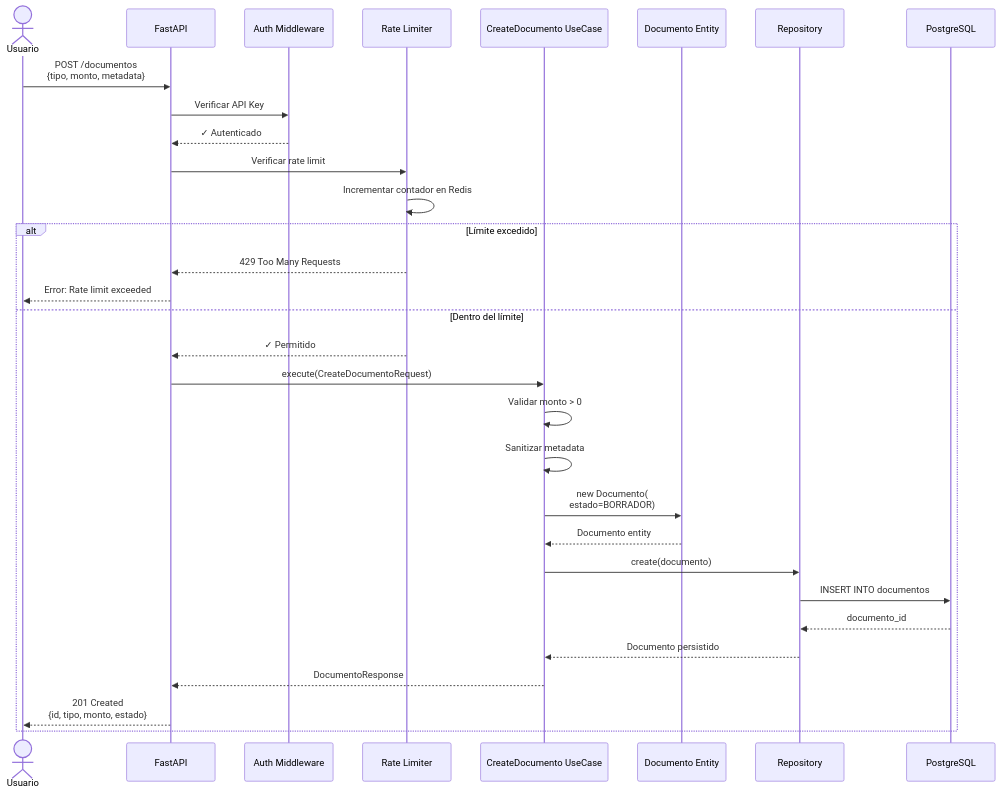
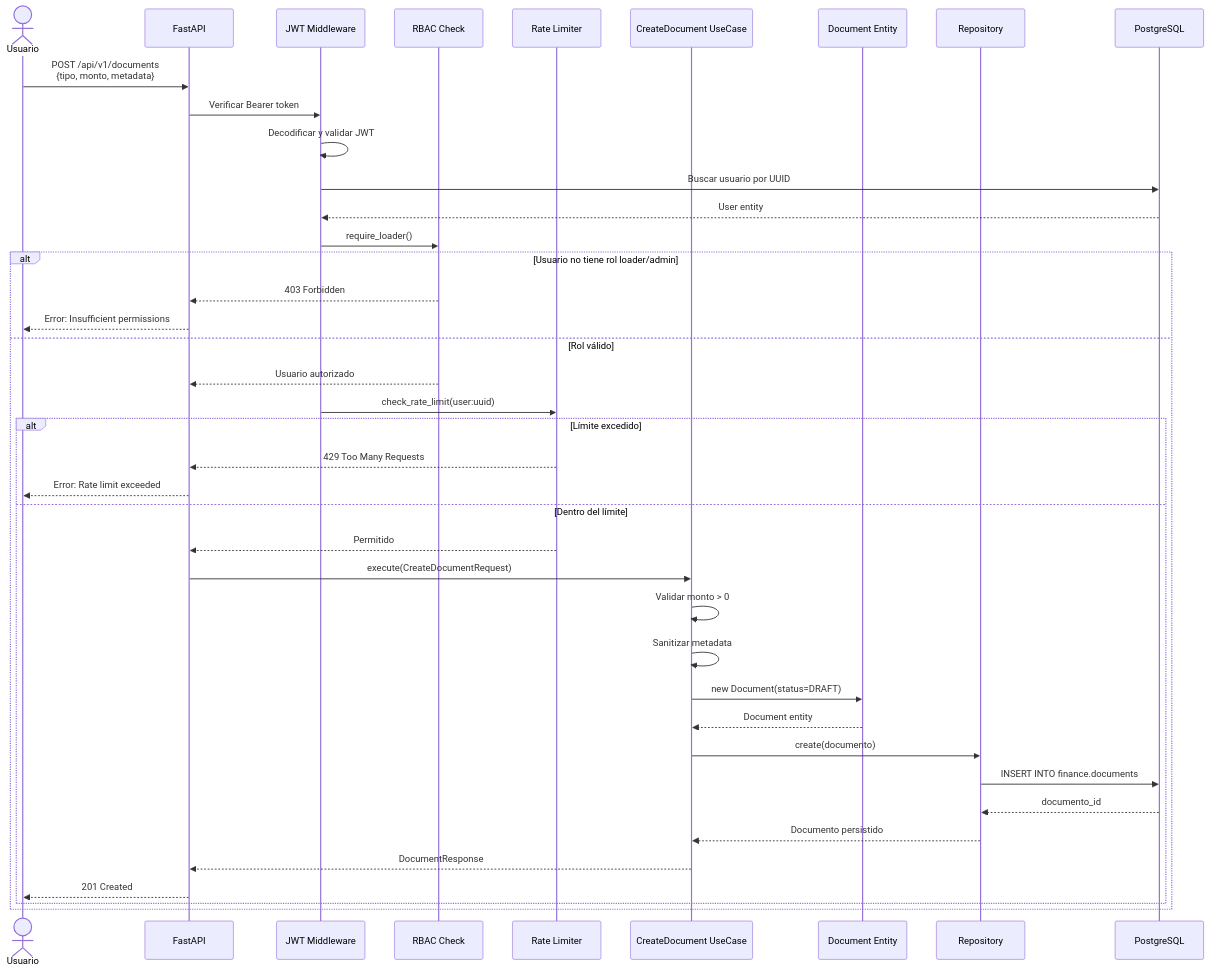
One commit to abyssorcdev/duppla changed the seventh of 16 diagrams in docs/project_design.md. Above: the diagram before and after it, drawn with Mermaid. The commit also changed other lines of this file, not shown here.

````diff
--- a/docs/project_design.md
+++ b/docs/project_design.md
@@ -295,39 +370,49 @@
 ```mermaid
 sequenceDiagram
     actor User as Usuario
     participant API as FastAPI
-    participant Auth as Auth Middleware
+    participant JWT as JWT Middleware
+    participant RBAC as RBAC Check
     participant RL as Rate Limiter
-    participant UC as CreateDocumento UseCase
-    participant Domain as Documento Entity
+    participant UC as CreateDocument UseCase
+    participant Domain as Document Entity
     participant Repo as Repository
     participant DB as PostgreSQL
 
-    User->>API: POST /documentos<br/>{tipo, monto, metadata}
-    API->>Auth: Verificar API Key
-    Auth-->>API: ✓ Autenticado
+    User->>API: POST /api/v1/documents<br/>{tipo, monto, metadata}
+    API->>JWT: Verificar Bearer token
+    JWT->>JWT: Decodificar y validar JWT
+    JWT->>DB: Buscar usuario por UUID
+    DB-->>JWT: User entity
 
-    API->>RL: Verificar rate limit
-    RL->>RL: Incrementar contador en Redis
-    alt Límite excedido
-        RL-->>API: 429 Too Many Requests
-        API-->>User: Error: Rate limit exceeded
-    else Dentro del límite
-        RL-->>API: ✓ Permitido
+    JWT->>RBAC: require_loader()
+    alt Usuario no tiene rol loader/admin
+        RBAC-->>API: 403 Forbidden
+        API-->>User: Error: Insufficient permissions
+    else Rol válido
+        RBAC-->>API: Usuario autorizado
 
-        API->>UC: execute(CreateDocumentoRequest)
-        UC->>UC: Validar monto > 0
-        UC->>UC: Sanitizar metadata
+        JWT->>RL: check_rate_limit(user:uuid)
+        alt Límite excedido
+            RL-->>API: 429 Too Many Requests
+            API-->>User: Error: Rate limit exceeded
+        else Dentro del límite
+            RL-->>API: Permitido
 
-        UC->>Domain: new Documento(<br/>estado=BORRADOR)
-        Domain-->>UC: Documento entity
+            API->>UC: execute(CreateDocumentRequest)
+            UC->>UC: Validar monto > 0
+            UC->>UC: Sanitizar metadata
 
-        UC->>Repo: create(documento)
-        Repo->>DB: INSERT INTO documentos
-        DB-->>Repo: documento_id
-        Repo-->>UC: Documento persistido
+            UC->>Domain: new Document(status=DRAFT)
+            Domain-->>UC: Document entity
 
-        UC-->>API: DocumentoResponse
-        API-->>User: 201 Created<br/>{id, tipo, monto, estado}
+            UC->>Repo: create(documento)
+            Repo->>DB: INSERT INTO finance.documents
+            DB-->>Repo: documento_id
+            Repo-->>UC: Documento persistido
+
+            UC-->>API: DocumentResponse
+            API-->>User: 201 Created
+        end
     end
 ```
````
